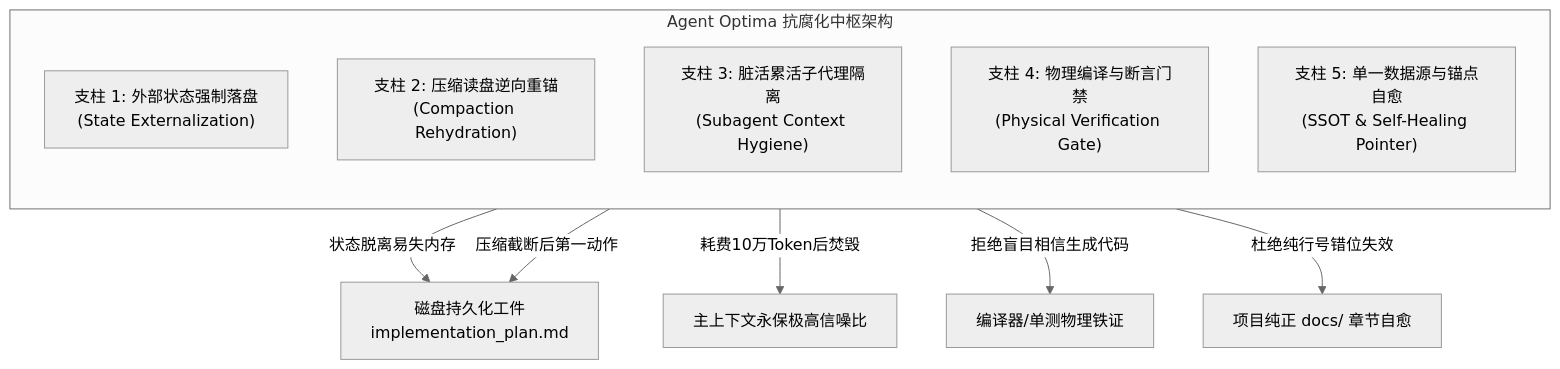
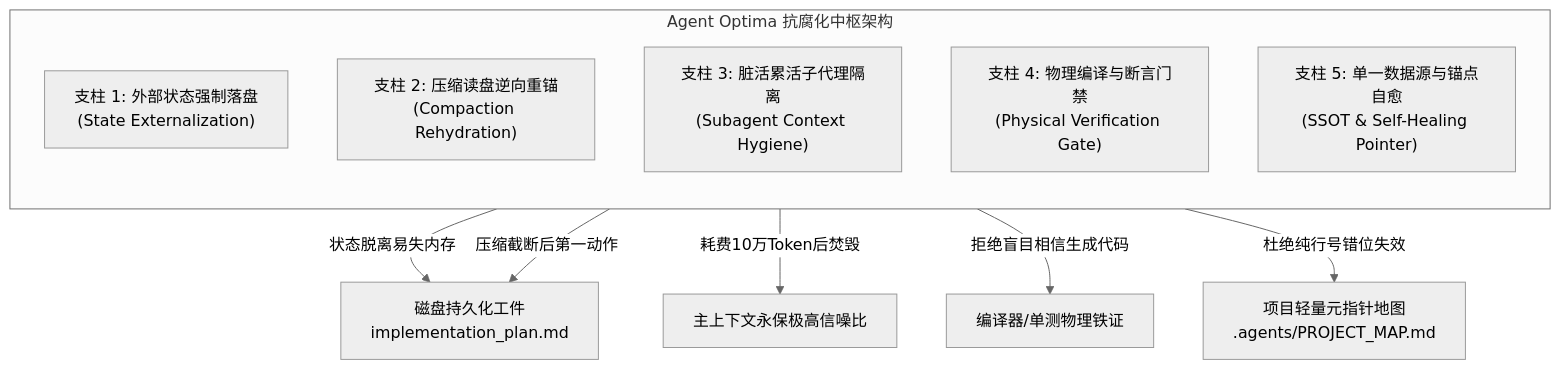
The third of 5 diagrams in 01-context-architecture-and-anti-rot.md (Garfield247/agent-optima), drawn with Mermaid (neutral theme) before and after one commit. The commit also changed other lines of this file and 2 other files, not shown here.

````diff
--- a/01-context-architecture-and-anti-rot.md
+++ b/01-context-architecture-and-anti-rot.md
@@ -61,18 +137,18 @@
 ```mermaid
 flowchart TD
     subgraph CoreEngine [Agent Optima 抗腐化中枢架构]
         direction TB
         
         P1["支柱 1: 外部状态强制落盘<br/>(State Externalization)"]
         P2["支柱 2: 压缩读盘逆向重锚<br/>(Compaction Rehydration)"]
         P3["支柱 3: 脏活累活子代理隔离<br/>(Subagent Context Hygiene)"]
         P4["支柱 4: 物理编译与断言门禁<br/>(Physical Verification Gate)"]
         P5["支柱 5: 单一数据源与锚点自愈<br/>(SSOT & Self-Healing Pointer)"]
     end
 
     P1 -->|状态脱离易失内存| Disk["磁盘持久化工件<br/>implementation_plan.md"]
     P2 -->|压缩截断后第一动作| Disk
     P3 -->|耗费10万Token后焚毁| MainContext["主上下文永保极高信噪比"]
     P4 -->|拒绝盲目相信生成代码| Compiler["编译器/单测物理铁证"]
-    P5 -->|杜绝纯行号错位失效| Docs["项目纯正 docs/ 章节自愈"]
+    P5 -->|杜绝纯行号错位失效| Docs["项目轻量元指针地图<br/>.agents/PROJECT_MAP.md"]
 ```
````
